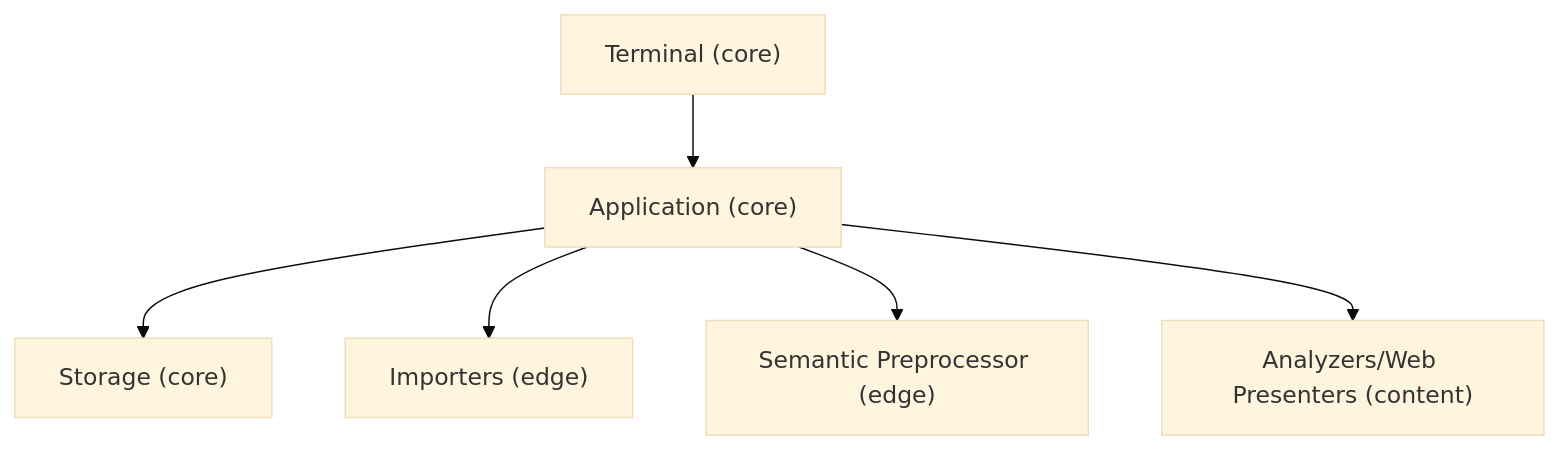
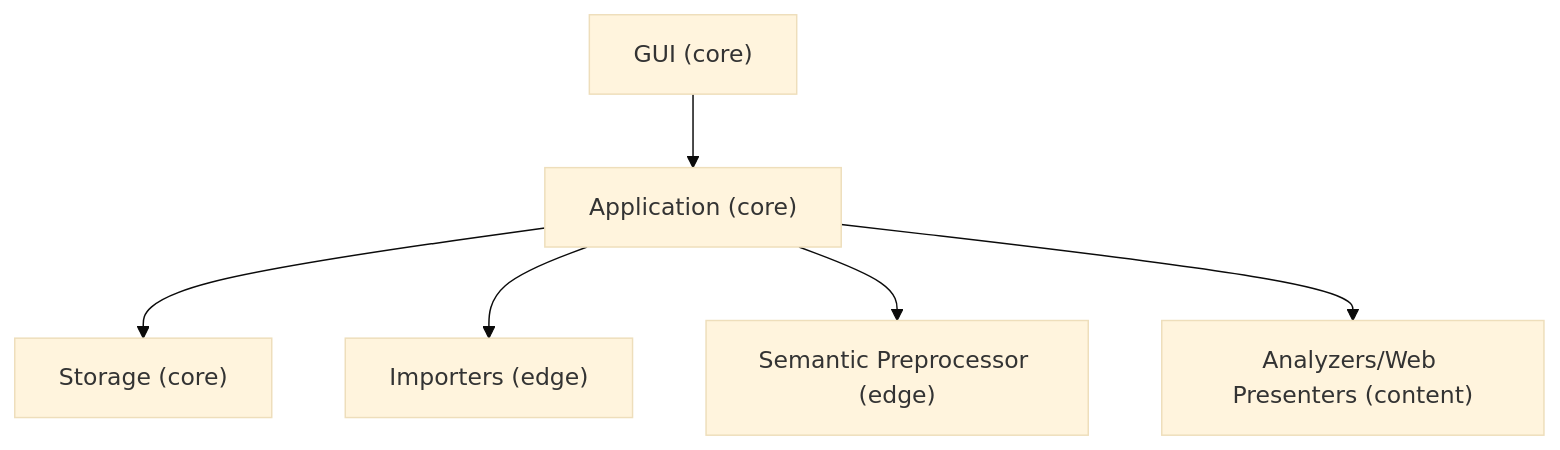
Before and after one commit to civictechdc/cib-mango-tree: the diagram in docs/guides/design-philosophy/architecture.md, drawn with Mermaid (base theme). The commit also changed other lines of this file and 5 other files, not shown here.

````diff
--- a/docs/guides/design-philosophy/architecture.md
+++ b/docs/guides/design-philosophy/architecture.md
@@ -26,19 +26,19 @@
 ```mermaid
 flowchart TD
-  terminal["Terminal (core)"]
+  gui["GUI (core)"]
   application["Application (core)"]
   storage["Storage (core)"]
 
   importers["Importers (edge)"]
   semantic["Semantic Preprocessor (edge)"]
 
   content["Analyzers/Web Presenters (content)"]
 
-  terminal --> application
+  gui --> application
   application --> storage
 
   application --> importers
   application --> semantic
 
   application --> content
 ```
````
